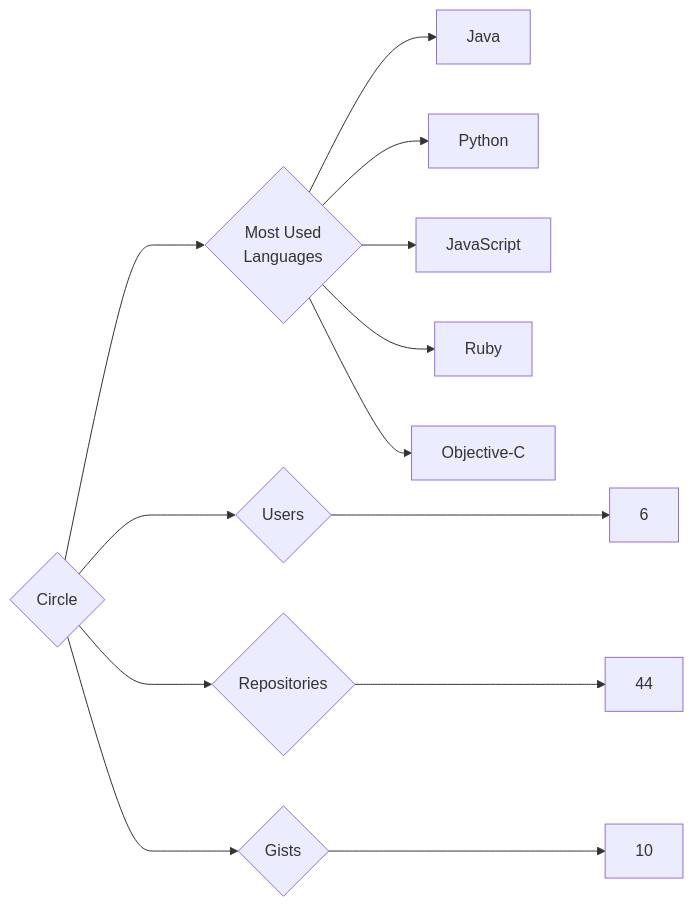
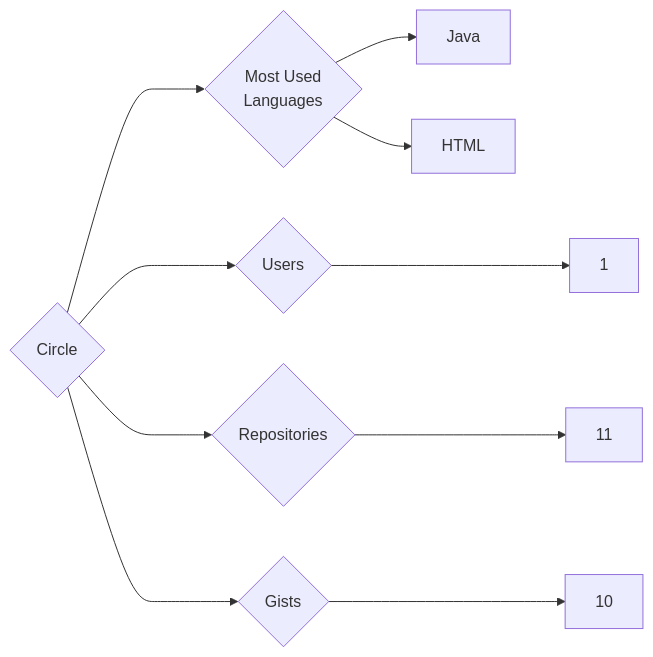
The diagram in targets/Circle/README.md (trickest/insiders), drawn with Mermaid before and after one commit. The commit also changed 938 other files, not shown here.

````diff
--- a/targets/Circle/README.md
+++ b/targets/Circle/README.md
@@ -3,13 +3,10 @@
 ```mermaid
 graph LR
 COMPANY_NAME{Circle}
-COMPANY_NAME ---> U{Users} ---> UN[6]
-COMPANY_NAME ---> R{Repositories} ---> RN[44]
+COMPANY_NAME ---> U{Users} ---> UN[1]
+COMPANY_NAME ---> R{Repositories} ---> RN[11]
 COMPANY_NAME ---> G{Gists} ---> GN[10]
 COMPANY_NAME ---> ML{Most Used<br>Languages}
 ML --> Java[Java]
-ML --> Python[Python]
-ML --> JavaScript[JavaScript]
-ML --> Ruby[Ruby]
-ML --> Objective-C[Objective-C]
+ML --> HTML[HTML]
 ```
````
